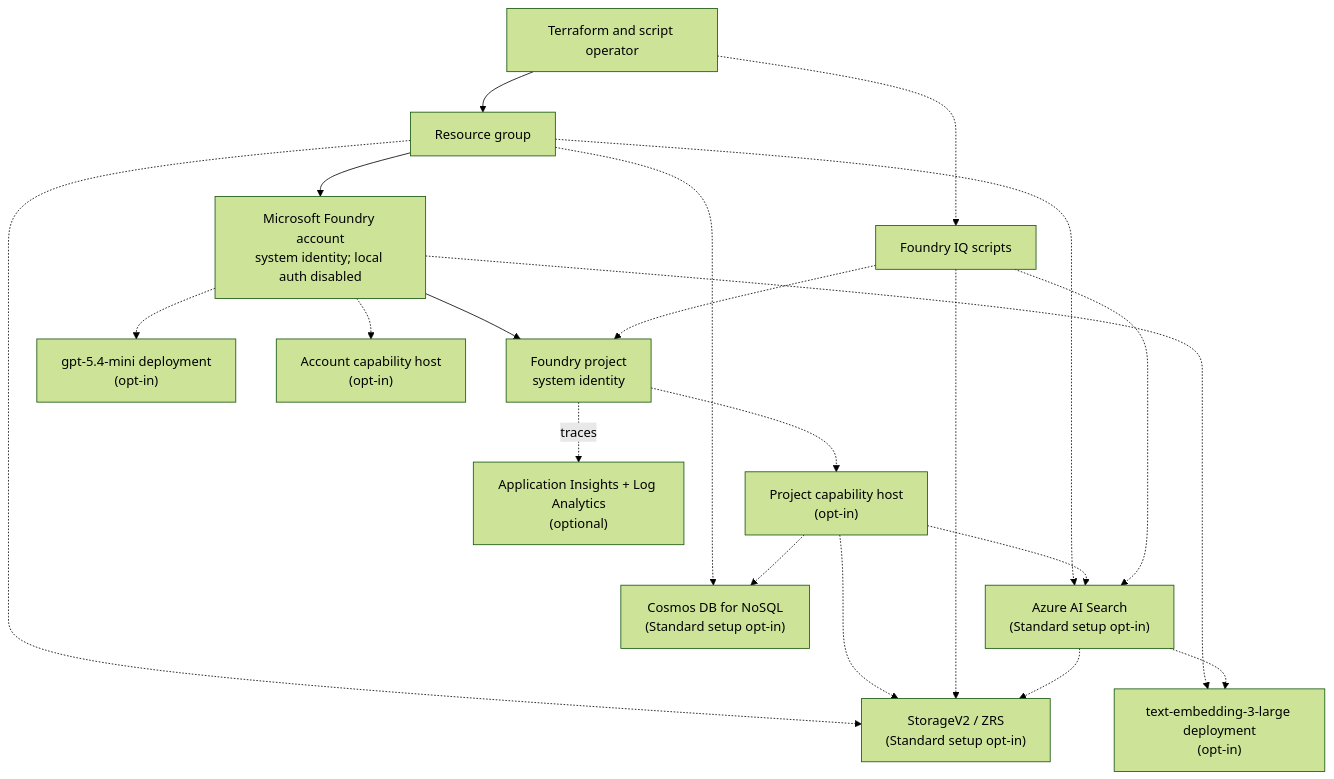
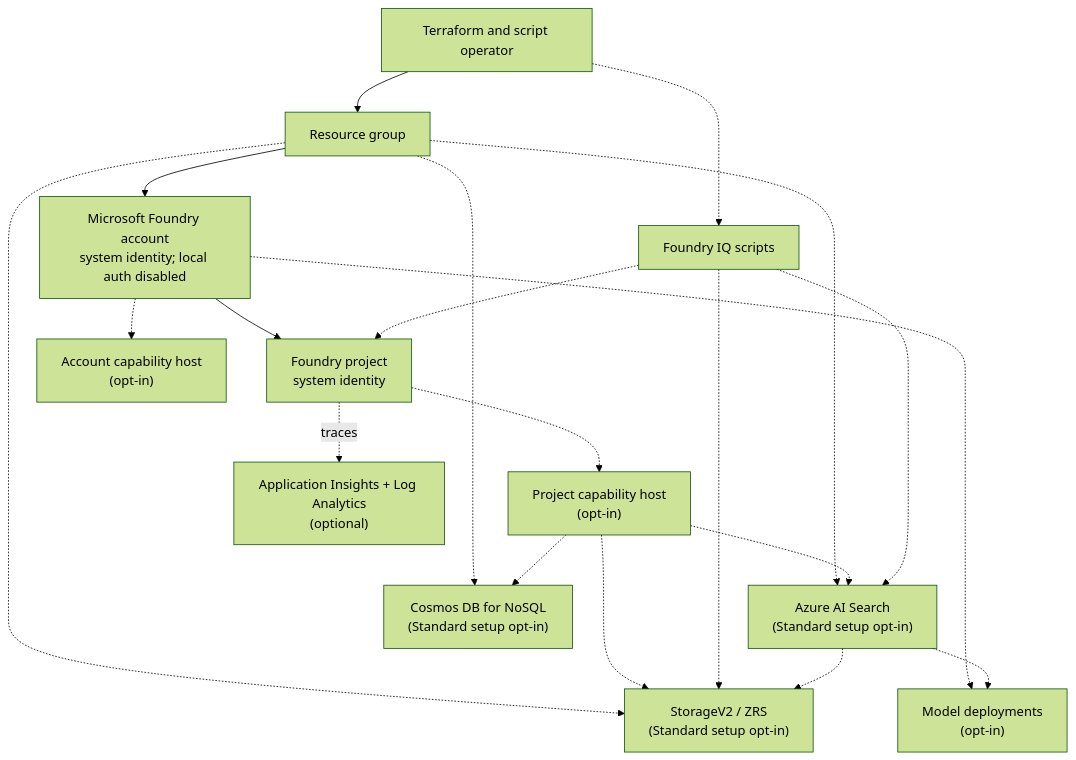
Before and after one commit to ks6088ts/template-terraform: the diagram in infra/scenarios/azure_microsoft_foundry/README.md, drawn with Mermaid (forest theme). The commit also changed other lines of this file and 1 other file, not shown here.

Commit message:
Update model deployments in Microsoft Foundry scenario with new versions and capacities

````diff
--- a/infra/scenarios/azure_microsoft_foundry/README.md
+++ b/infra/scenarios/azure_microsoft_foundry/README.md
@@ -145,37 +173,35 @@
 ```mermaid
 flowchart TD
     Operator["Terraform and script operator"]
     RG["Resource group"]
     Account["Microsoft Foundry account<br/>system identity; local auth disabled"]
     Project["Foundry project<br/>system identity"]
-    Chat["gpt-5.4-mini deployment<br/>(opt-in)"]
-    Embedding["text-embedding-3-large deployment<br/>(opt-in)"]
+    Models["Model deployments<br/>(opt-in)"]
     Search["Azure AI Search<br/>(Standard setup opt-in)"]
     Storage["StorageV2 / ZRS<br/>(Standard setup opt-in)"]
     Cosmos["Cosmos DB for NoSQL<br/>(Standard setup opt-in)"]
     AccountHost["Account capability host<br/>(opt-in)"]
     ProjectHost["Project capability host<br/>(opt-in)"]
     Insights["Application Insights + Log Analytics<br/>(optional)"]
     Scripts["Foundry IQ scripts"]
 
     Operator --> RG
     RG --> Account
     Account --> Project
-    Account -.-> Chat
-    Account -.-> Embedding
+    Account -.-> Models
     RG -.-> Search
     RG -.-> Storage
     RG -.-> Cosmos
     Account -.-> AccountHost
     Project -.-> ProjectHost
     ProjectHost -.-> Search
     ProjectHost -.-> Storage
     ProjectHost -.-> Cosmos
     Operator -.-> Scripts
     Scripts -.-> Storage
     Scripts -.-> Search
     Scripts -.-> Project
     Search -.-> Storage
-    Search -.-> Embedding
+    Search -.-> Models
     Project -. "traces" .-> Insights
 ```
````
